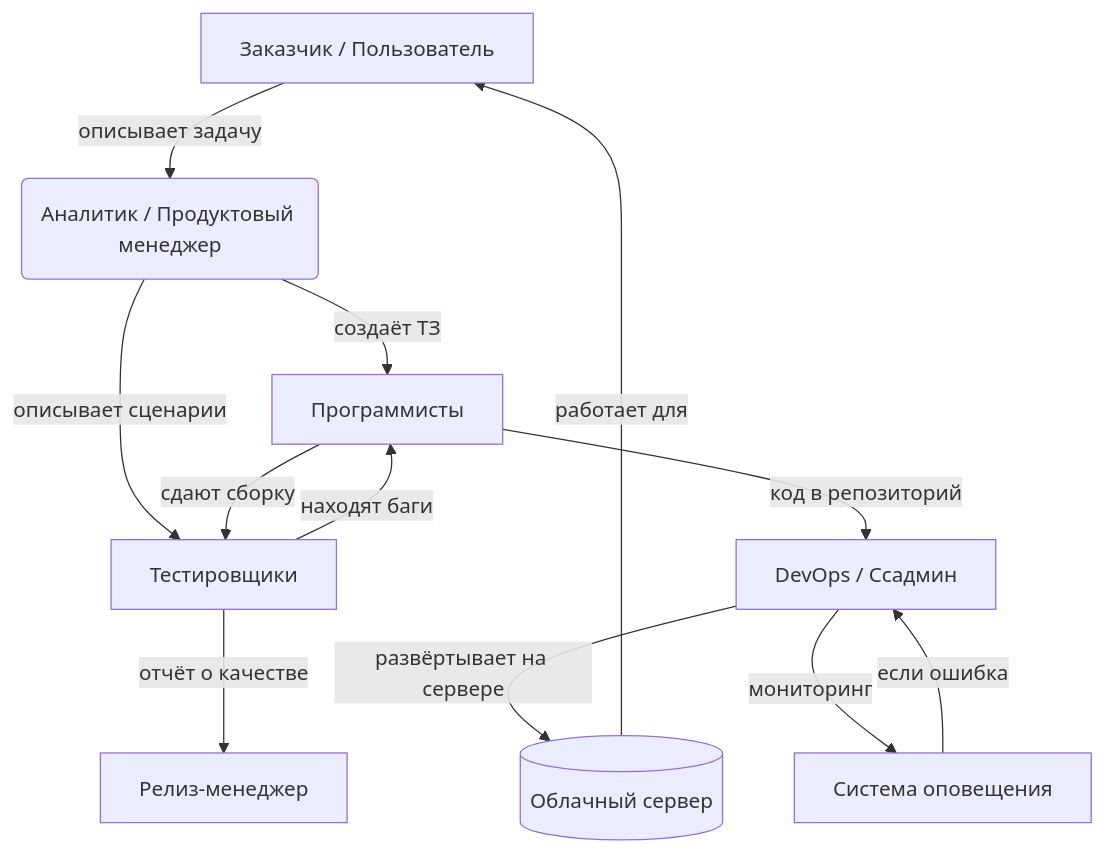
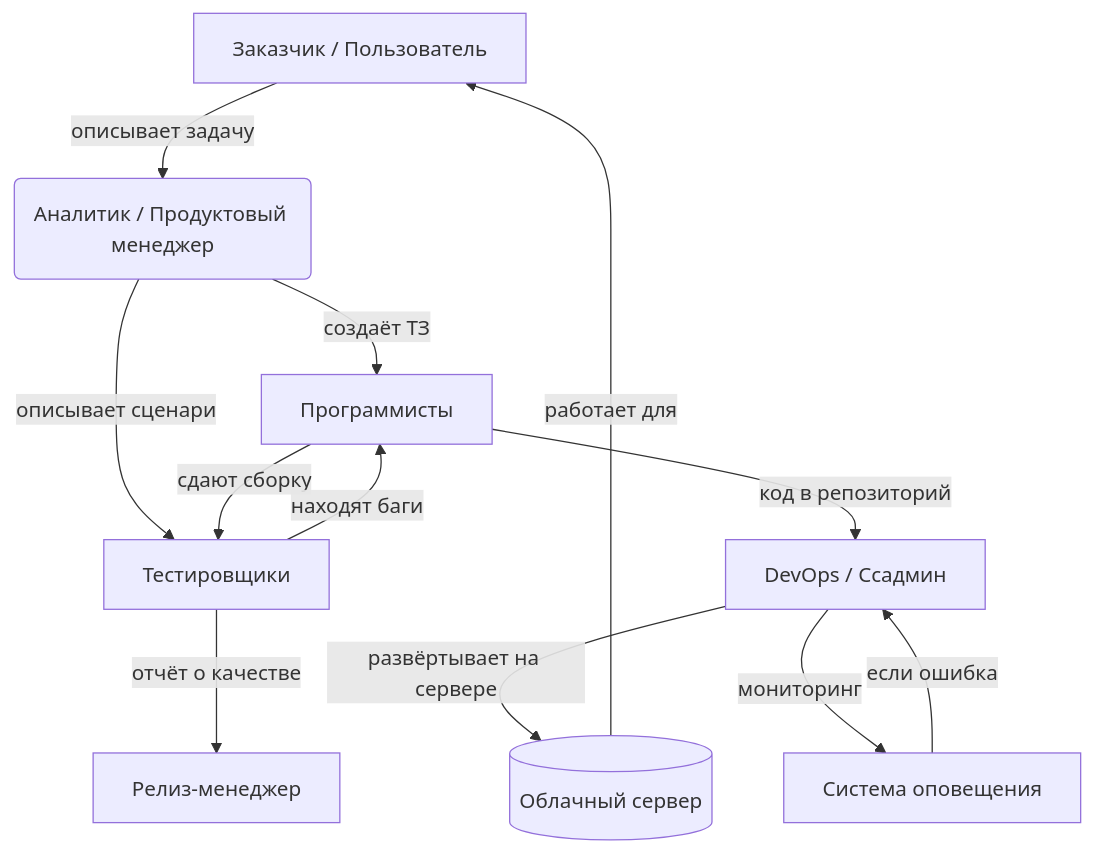
The second of 2 diagrams in docs/encyclopedia/9-spinoff/9-11-dlya-detey/3-development/15.md (Spirzen/it-knowledge-base), drawn with Mermaid before and after one commit. The commit also changed other lines of this file and 1180 other files, not shown here.

````diff
--- a/docs/encyclopedia/9-spinoff/9-11-dlya-detey/3-development/15.md
+++ b/docs/encyclopedia/9-spinoff/9-11-dlya-detey/3-development/15.md
@@ -307,14 +307,14 @@
 ```mermaid
 flowchart TD
     A[Заказчик / Пользователь] -->|описывает задачу| B(Аналитик / Продуктовый менеджер)
     B -->|создаёт ТЗ| C[Программисты]
-    B -->|описывает сценарии| D[Тестировщики]
+    B -->|описывает сценари| D[Тестировщики]
     C -->|сдают сборку| D
     D -->|находят баги| C
     D -->|отчёт о качестве| E[Релиз-менеджер]
     C -->|код в репозиторий| F[DevOps / Ссадмин]
     F -->|развёртывает на сервере| G[(Облачный сервер)]
     G -->|работает для| A
     F -->|мониторинг| H[Система оповещения]
     H -->|если ошибка| F
 ```
````
